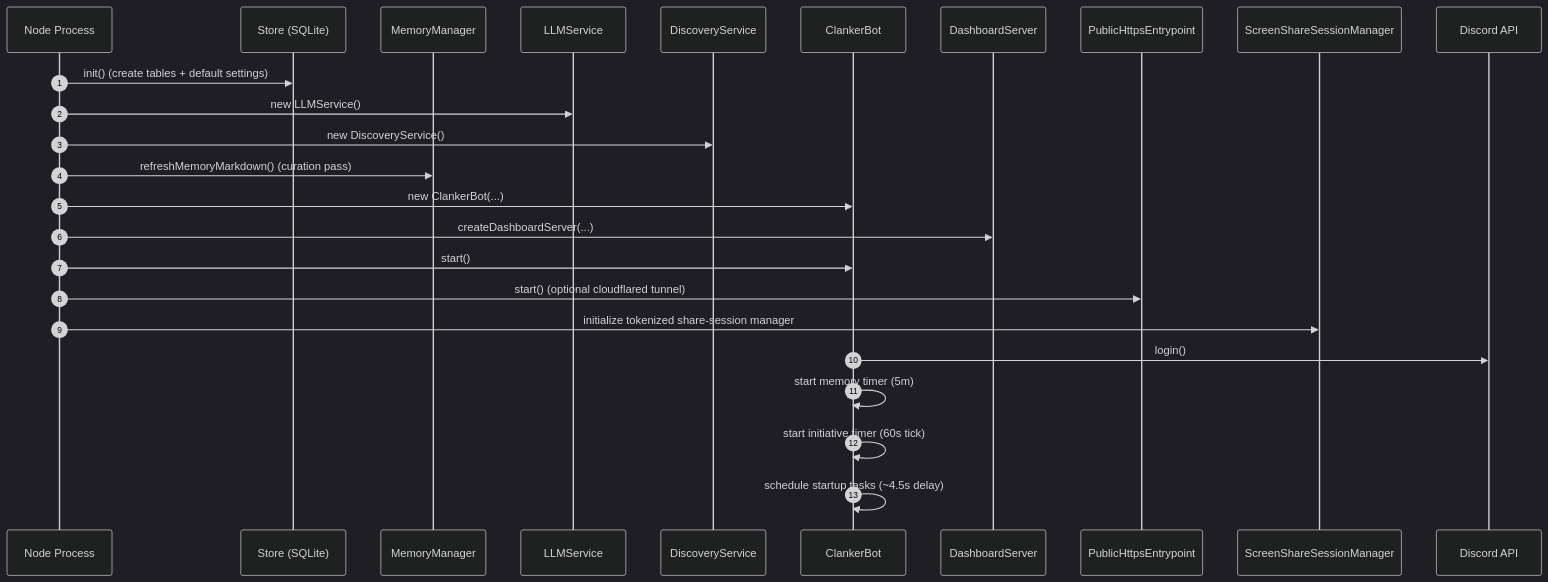
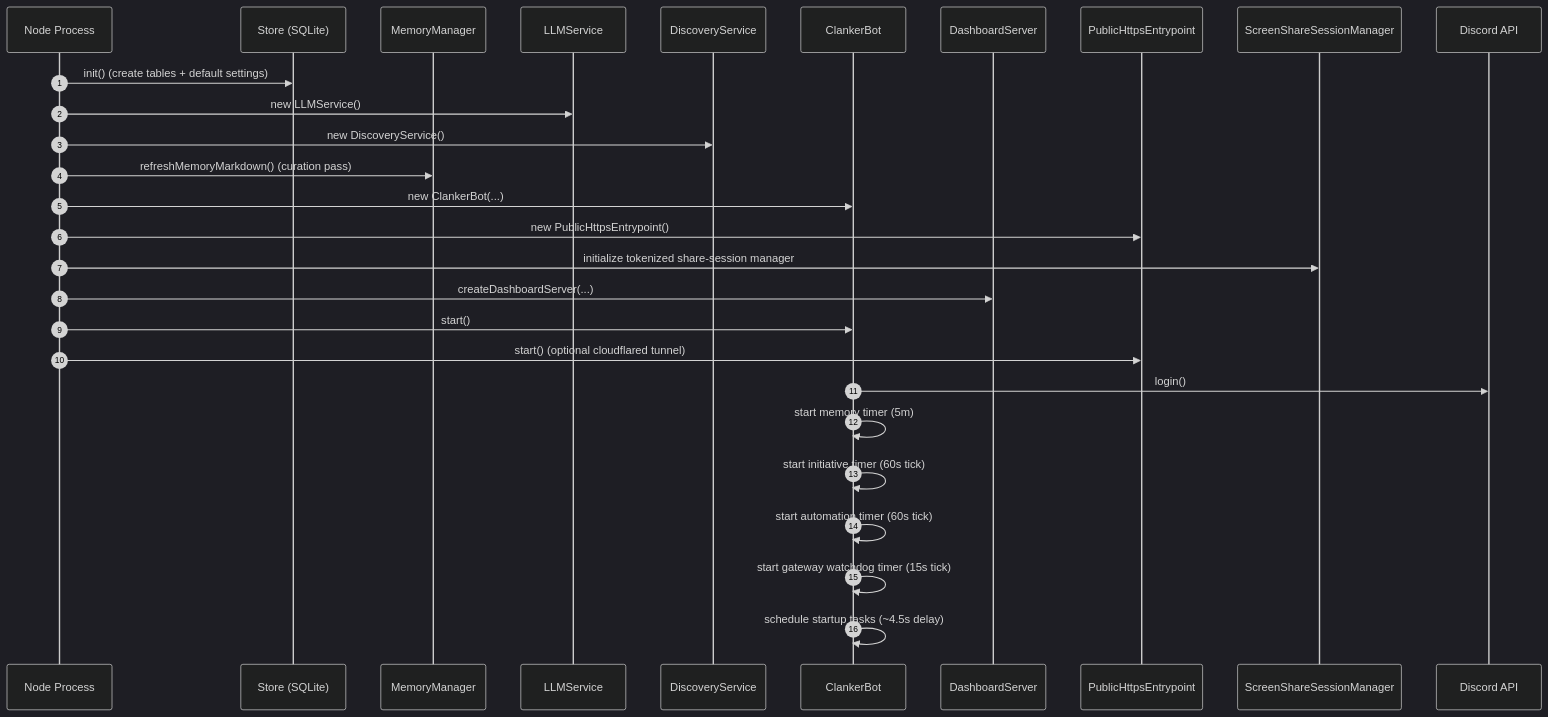
The diagram in docs/diagrams/runtime-lifecycle.mmd (Volpestyle/clanker_conk), drawn with Mermaid (dark theme) before and after one commit. The commit also changed 17 other files, not shown here.

```diff
--- a/docs/diagrams/runtime-lifecycle.mmd
+++ b/docs/diagrams/runtime-lifecycle.mmd
@@ -1,26 +1,29 @@
 sequenceDiagram
     autonumber
     participant Proc as Node Process
     participant Store as Store (SQLite)
     participant Memory as MemoryManager
     participant LLM as LLMService
     participant Disc as DiscoveryService
     participant Bot as ClankerBot
     participant Dash as DashboardServer
     participant Pub as PublicHttpsEntrypoint
     participant Scr as ScreenShareSessionManager
     participant Discord as Discord API
 
     Proc->>Store: init() (create tables + default settings)
     Proc->>LLM: new LLMService()
     Proc->>Disc: new DiscoveryService()
     Proc->>Memory: refreshMemoryMarkdown() (curation pass)
     Proc->>Bot: new ClankerBot(...)
+    Proc->>Pub: new PublicHttpsEntrypoint()
+    Proc->>Scr: initialize tokenized share-session manager
     Proc->>Dash: createDashboardServer(...)
     Proc->>Bot: start()
     Proc->>Pub: start() (optional cloudflared tunnel)
-    Proc->>Scr: initialize tokenized share-session manager
     Bot->>Discord: login()
     Bot->>Bot: start memory timer (5m)
     Bot->>Bot: start initiative timer (60s tick)
+    Bot->>Bot: start automation timer (60s tick)
+    Bot->>Bot: start gateway watchdog timer (15s tick)
     Bot->>Bot: schedule startup tasks (~4.5s delay)
```
